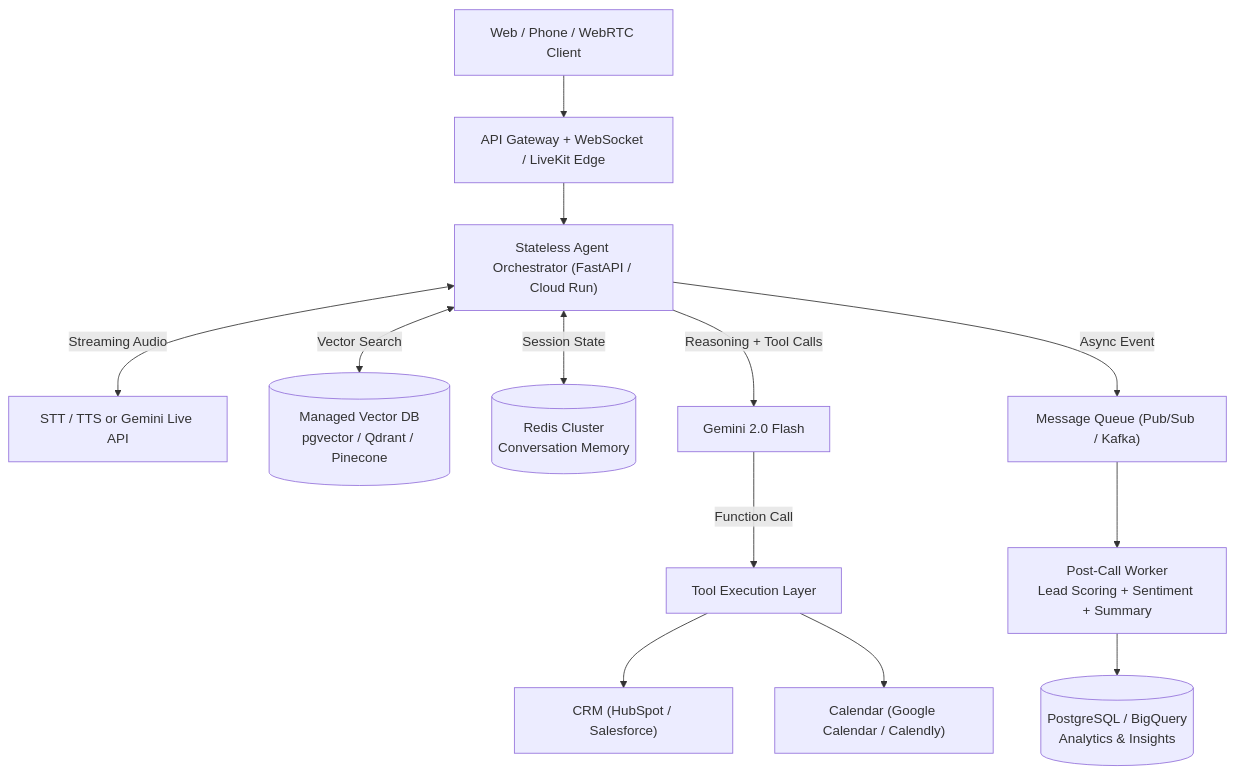
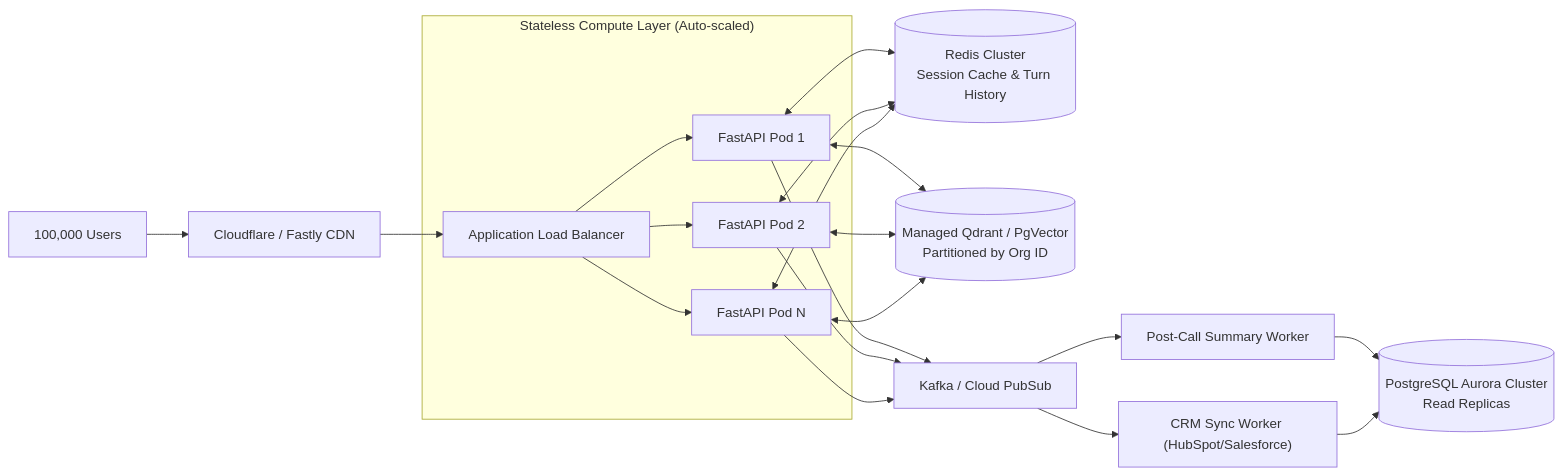
One commit to snpathaks/AI-sales-voice-agent-project changed the second of 2 diagrams in README.md. Above: the diagram before and after it, drawn with Mermaid. The commit also changed other lines of this file, not shown here.

````diff
--- a/README.md
+++ b/README.md
@@ -77,18 +247,19 @@
 ```mermaid
-flowchart TD
-    Client["Web / Phone / WebRTC Client"] --> Edge["API Gateway + WebSocket / LiveKit Edge"]
-    Edge --> Orch["Stateless Agent Orchestrator (FastAPI / Cloud Run)"]
-
-    Orch <-->|Streaming Audio| Voice["STT / TTS or Gemini Live API"]
-    Orch <-->|Vector Search| VDB[("Managed Vector DB<br/>pgvector / Qdrant / Pinecone")]
-    Orch <-->|Session State| Cache[("Redis Cluster<br/>Conversation Memory")]
-    Orch -->|Reasoning + Tool Calls| Gemini["Gemini 2.0 Flash"]
-
-    Gemini -->|Function Call| Tools["Tool Execution Layer"]
-    Tools --> CRM["CRM (HubSpot / Salesforce)"]
-    Tools --> Cal["Calendar (Google Calendar / Calendly)"]
-
-    Orch -->|Async Event| Queue["Message Queue (Pub/Sub / Kafka)"]
-    Queue --> Worker["Post-Call Worker<br/>Lead Scoring + Sentiment + Summary"]
-    Worker --> DB[("PostgreSQL / BigQuery<br/>Analytics & Insights")]
+flowchart LR
+    Users["100,000 Users"] --> CDN["Cloudflare / Fastly CDN"]
+    CDN --> LB["Application Load Balancer"]
+    
+    subgraph Microservices["Stateless Compute Layer (Auto-scaled)"]
+        LB --> Pod1["FastAPI Pod 1"]
+        LB --> Pod2["FastAPI Pod 2"]
+        LB --> PodN["FastAPI Pod N"]
+    end
+    
+    Pod1 & Pod2 & PodN <--> Redis[("Redis Cluster<br/>Session Cache & Turn History")]
+    Pod1 & Pod2 & PodN <--> VectorDB[("Managed Qdrant / PgVector<br/>Partitioned by Org ID")]
+    
+    Pod1 & Pod2 & PodN --> Queue["Kafka / Cloud PubSub"]
+    Queue --> Worker1["Post-Call Summary Worker"]
+    Queue --> Worker2["CRM Sync Worker (HubSpot/Salesforce)"]
+    Worker1 & Worker2 --> MainDB[("PostgreSQL Aurora Cluster<br/>Read Replicas")]
 ```
````
